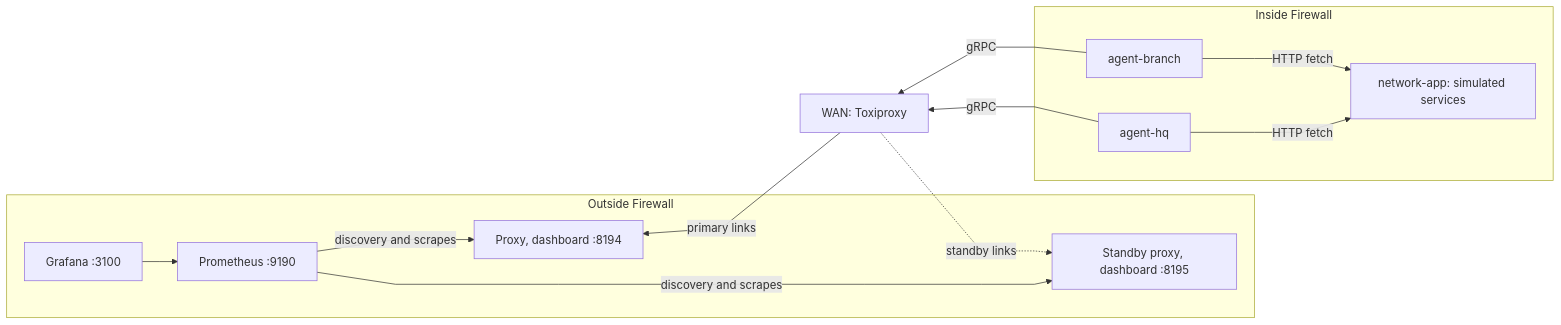
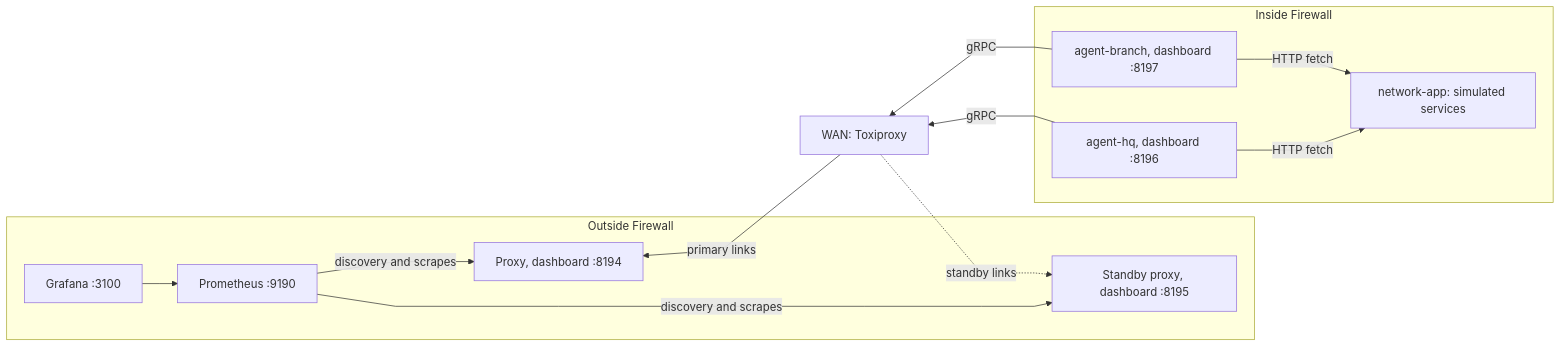
Before and after one commit to pambrose/prometheus-proxy: the diagram in website/prometheus-proxy/docs/network-demo.md, drawn with Mermaid. The commit also changed other lines of this file and 112 other files, not shown here.

First line of the commit message:
Add an Activity view to the agent's dashboard, its Helm values, a theme button, and the agent's side to every demo (#483)

````diff
--- a/website/prometheus-proxy/docs/network-demo.md
+++ b/website/prometheus-proxy/docs/network-demo.md
@@ -16,32 +17,32 @@
 ``` mermaid
 %%{init: {'flowchart': {'curve': 'linear'}}}%%
 graph LR
   G[Grafana :3100] --> P[Prometheus :9190]
   P -->|discovery and scrapes| Proxy[Proxy, dashboard :8194]
   P -->|discovery and scrapes| Standby[Standby proxy, dashboard :8195]
   %% Each agent connects out, through the WAN, so its arrows point back. The invisible links keep the WAN and the
   %% agents to the right of the proxies, as on the Basics Demo page.
   Proxy ~~~ WAN
   Standby ~~~ WAN
   WAN ~~~ HQ
   WAN ~~~ Branch
   WAN[WAN: Toxiproxy] -->|primary links| Proxy
   WAN -.->|standby links| Standby
-  HQ[agent-hq] -->|gRPC| WAN
-  Branch[agent-branch] -->|gRPC| WAN
+  HQ[agent-hq, dashboard :8196] -->|gRPC| WAN
+  Branch[agent-branch, dashboard :8197] -->|gRPC| WAN
   HQ -->|HTTP fetch| App[network-app: simulated services]
   Branch -->|HTTP fetch| App
 
   subgraph Outside Firewall
     G
     P
     Proxy
     Standby
   end
 
   subgraph Inside Firewall
     HQ
     Branch
     App
   end
 ```
````
